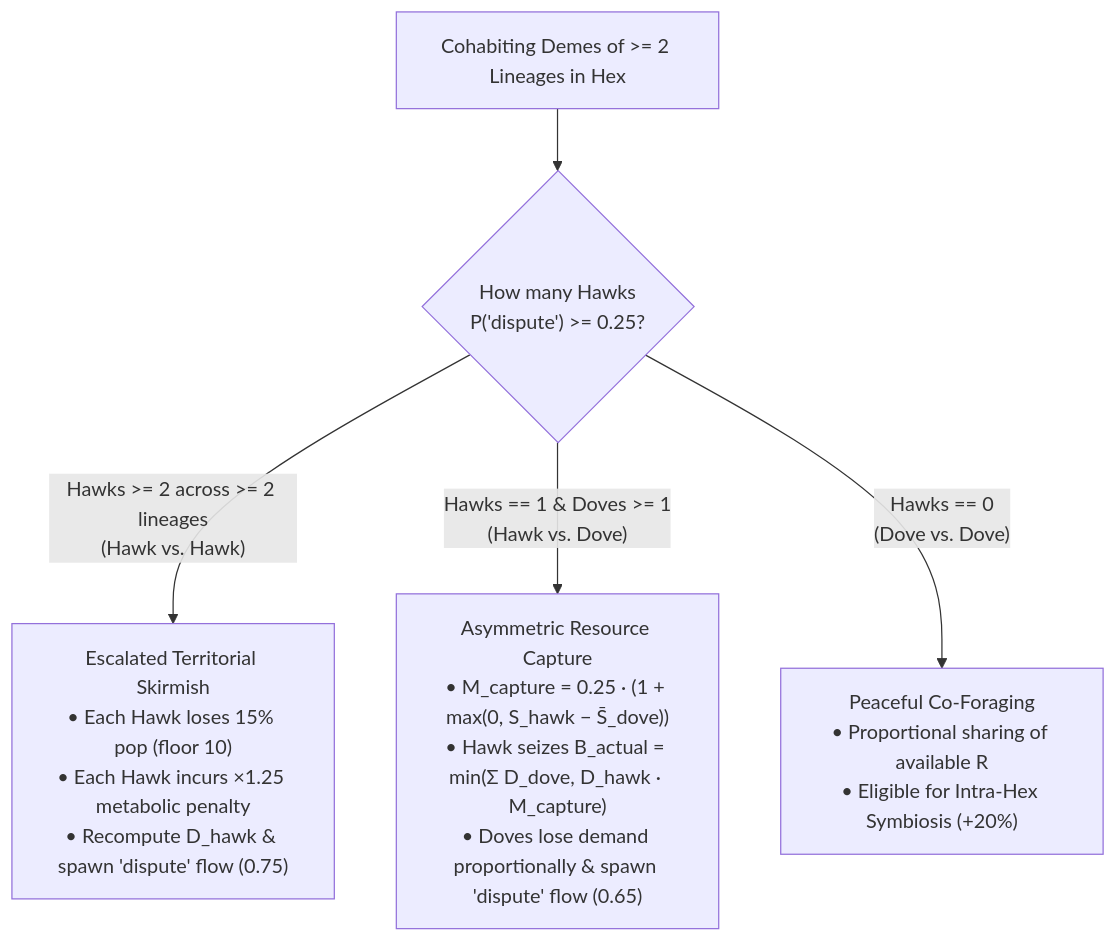
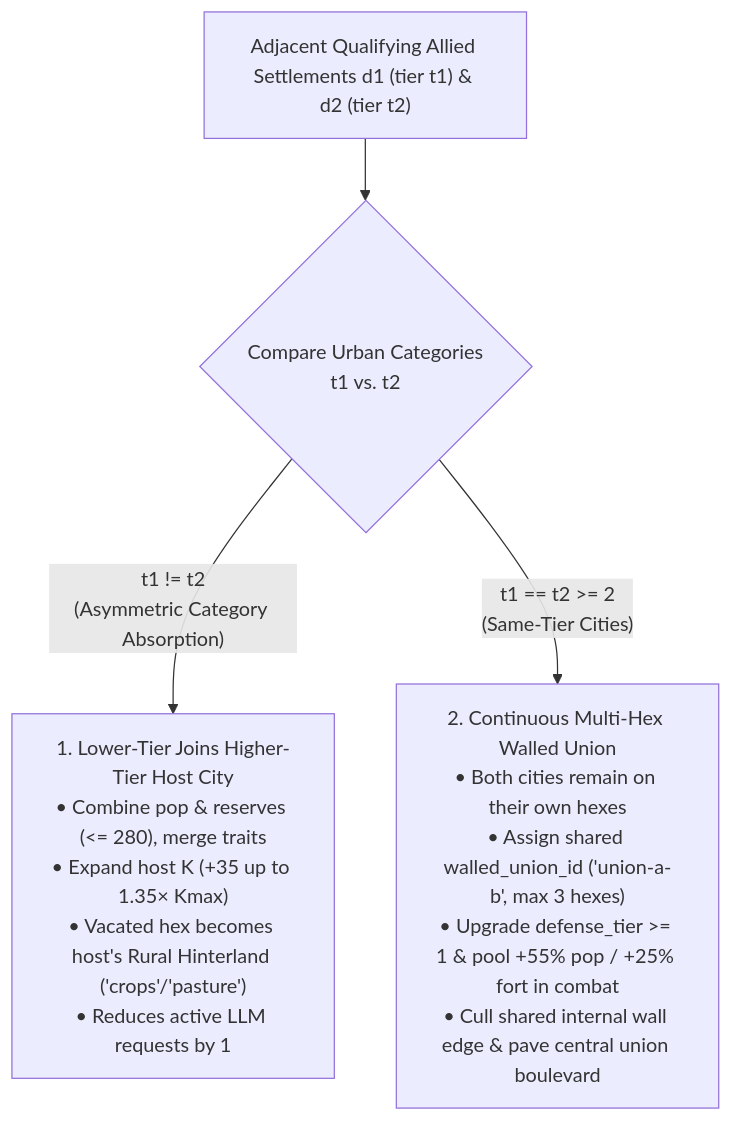
Before and after one commit to arrase/Evolution: the second of 2 diagrams in gh-pages/turn_iterations_mechanics.md, drawn with Mermaid. The commit also changed other lines of this file and 187 other files, not shown here.

Commit message:
feat(world,engine): 1-deme-per-hex 169-hex urban/rural simulation & 2.5D illustrated shader world

````diff
--- a/gh-pages/turn_iterations_mechanics.md
+++ b/gh-pages/turn_iterations_mechanics.md
@@ -66,7 +167,6 @@
 ```mermaid
 flowchart TD
-    Cohabit["Cohabiting Demes of >= 2 Lineages in Hex"] --> CountHawks{"How many Hawks\nP('dispute') >= 0.25?"}
-    CountHawks -- "Hawks >= 2 across >= 2 lineages\n(Hawk vs. Hawk)" --> HH["Escalated Territorial Skirmish\n• Each Hawk loses 15% pop (floor 10)\n• Each Hawk incurs ×1.25 metabolic penalty\n• Recompute D_hawk & spawn 'dispute' flow (0.75)"]
-    CountHawks -- "Hawks == 1 & Doves >= 1\n(Hawk vs. Dove)" --> HD["Asymmetric Resource Capture\n• M_capture = 0.25 · (1 + max(0, S_hawk − S̄_dove))\n• Hawk seizes B_actual = min(Σ D_dove, D_hawk · M_capture)\n• Doves lose demand proportionally & spawn 'dispute' flow (0.65)"]
-    CountHawks -- "Hawks == 0\n(Dove vs. Dove)" --> DD["Peaceful Co-Foraging\n• Proportional sharing of available R\n• Eligible for Intra-Hex Symbiosis (+20%)"]
+    Qualify["Adjacent Qualifying Allied Settlements d1 (tier t1) & d2 (tier t2)"] --> Compare{"Compare Urban Categories\nt1 vs. t2"}
+    Compare -- "t1 != t2\n(Asymmetric Category Absorption)" --> Absorb["1. Lower-Tier Joins Higher-Tier Host City\n• Combine pop & reserves (<= 280), merge traits\n• Expand host K (+35 up to 1.35× Kmax)\n• Vacated hex becomes host's Rural Hinterland ('crops'/'pasture')\n• Reduces active LLM requests by 1"]
+    Compare -- "t1 == t2 >= 2\n(Same-Tier Cities)" --> Union["2. Continuous Multi-Hex Walled Union\n• Both cities remain on their own hexes\n• Assign shared walled_union_id ('union-a-b', max 3 hexes)\n• Upgrade defense_tier >= 1 & pool +55% pop / +25% fort in combat\n• Cull shared internal wall edge & pave central union boulevard"]
 ```
````
